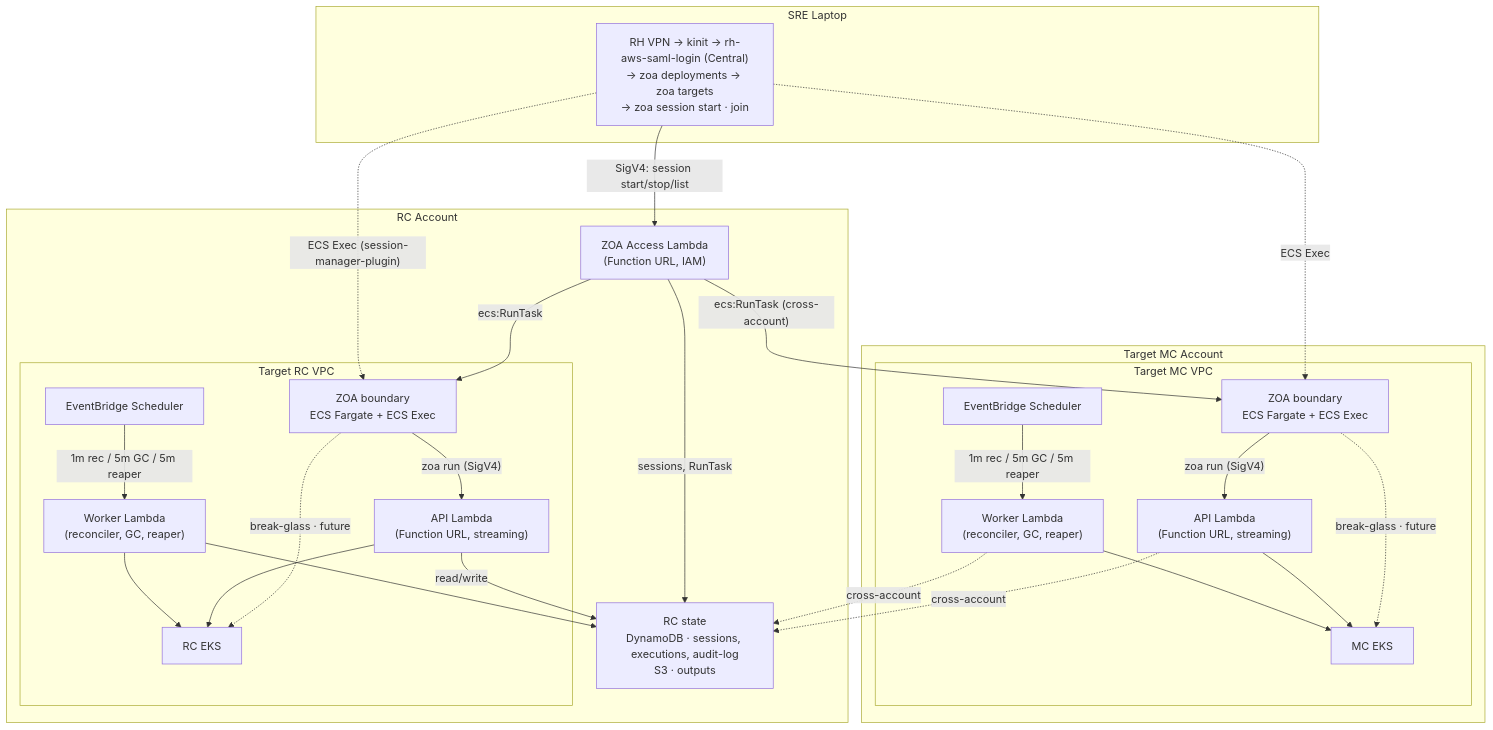
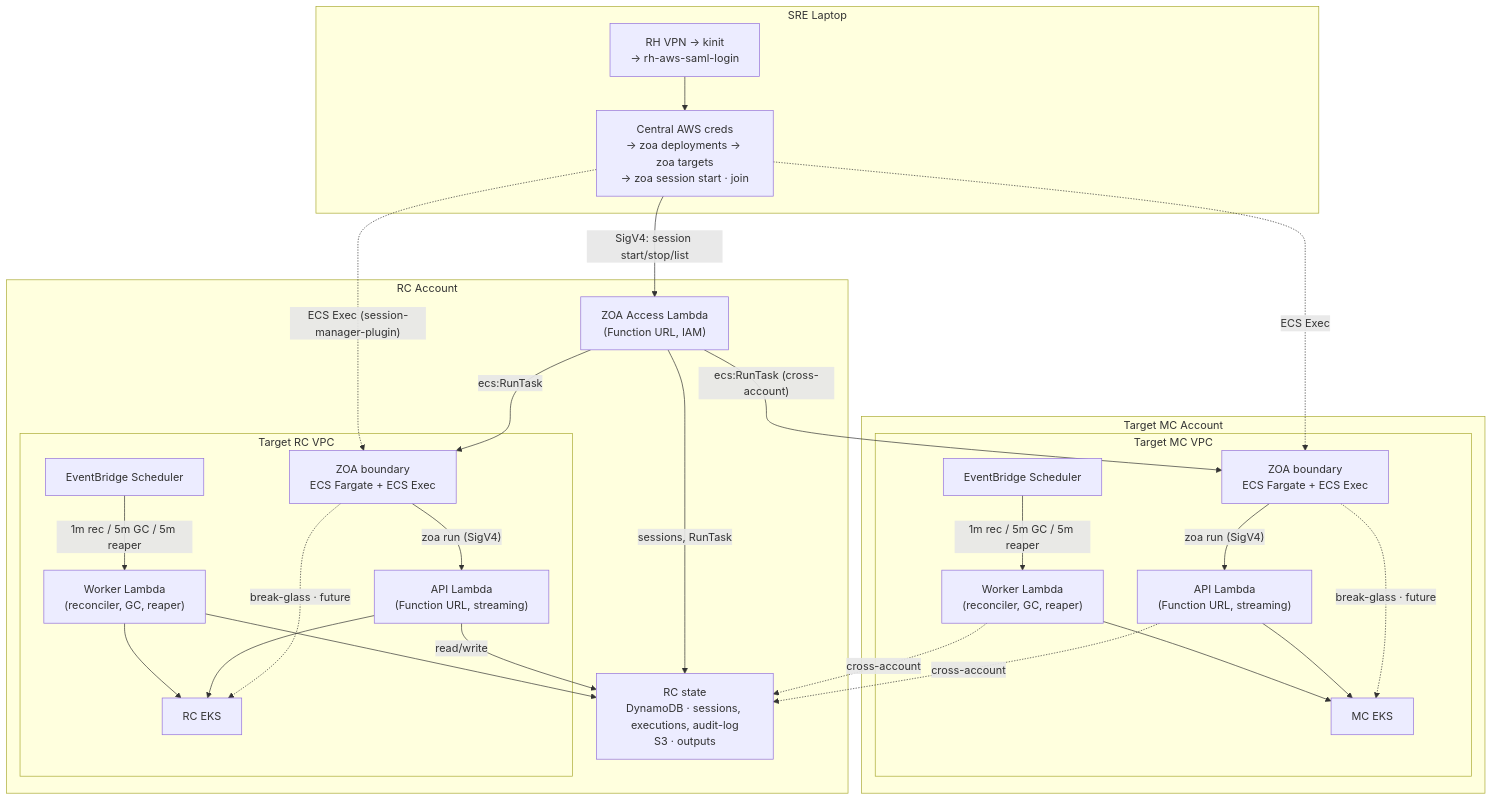
The diagram in README.md (slopezz/rosa-hyperfleet-zoa), drawn with Mermaid before and after one commit.

Commit message:
ROSAENG-68805 | docs: split laptop auth vs Central zoa CLI in diagram
Two in-laptop steps: VPN/kinit/SAML login, then zoa discovery and session
commands with Central credentials.

````diff
--- a/README.md
+++ b/README.md
@@ -75,59 +75,61 @@
 ```mermaid
 ---
 config:
   layout: dagre
 ---
 graph TD
     subgraph laptop["SRE Laptop"]
-        L["RH VPN → kinit → rh-aws-saml-login (Central)<br/>→ zoa deployments → zoa targets<br/>→ zoa session start · join"]
+        LAPTOP_AUTH["RH VPN → kinit<br/>→ rh-aws-saml-login"]
+        LAPTOP_ZOA["Central AWS creds<br/>→ zoa deployments → zoa targets<br/>→ zoa session start · join"]
+        LAPTOP_AUTH --> LAPTOP_ZOA
     end
 
     subgraph rc["RC Account"]
         ACCESS["ZOA Access Lambda<br/>(Function URL, IAM)"]
         STATE["RC state<br/>DynamoDB · sessions, executions, audit-log<br/>S3 · outputs"]
         subgraph rc_vpc["Target RC VPC"]
             BOUNDARY_RC["ZOA boundary<br/>ECS Fargate + ECS Exec"]
             EB_RC["EventBridge Scheduler"]
             API_RC["API Lambda<br/>(Function URL, streaming)"]
             WORKER_RC["Worker Lambda<br/>(reconciler, GC, reaper)"]
             EKS_RC["RC EKS"]
         end
     end
 
     subgraph mc["Target MC Account"]
         subgraph mc_vpc["Target MC VPC"]
             BOUNDARY_MC["ZOA boundary<br/>ECS Fargate + ECS Exec"]
             EB_MC["EventBridge Scheduler"]
             API_MC["API Lambda<br/>(Function URL, streaming)"]
             WORKER_MC["Worker Lambda<br/>(reconciler, GC, reaper)"]
             EKS_MC["MC EKS"]
         end
     end
 
-    L -->|"SigV4: session start/stop/list"| ACCESS
+    LAPTOP_ZOA -->|"SigV4: session start/stop/list"| ACCESS
     ACCESS -->|"sessions, RunTask"| STATE
     ACCESS -->|"ecs:RunTask"| BOUNDARY_RC
     ACCESS -->|"ecs:RunTask (cross-account)"| BOUNDARY_MC
 
-    L -.->|"ECS Exec (session-manager-plugin)"| BOUNDARY_RC
-    L -.->|"ECS Exec"| BOUNDARY_MC
+    LAPTOP_ZOA -.->|"ECS Exec (session-manager-plugin)"| BOUNDARY_RC
+    LAPTOP_ZOA -.->|"ECS Exec"| BOUNDARY_MC
 
     BOUNDARY_RC -->|"zoa run (SigV4)"| API_RC
     BOUNDARY_MC -->|"zoa run (SigV4)"| API_MC
 
     BOUNDARY_RC -.->|"break-glass · future"| EKS_RC
     BOUNDARY_MC -.->|"break-glass · future"| EKS_MC
 
     EB_RC -->|"1m rec / 5m GC / 5m reaper"| WORKER_RC
     EB_MC -->|"1m rec / 5m GC / 5m reaper"| WORKER_MC
 
     API_RC --> EKS_RC
     WORKER_RC --> EKS_RC
     API_MC --> EKS_MC
     WORKER_MC --> EKS_MC
 
     API_RC -->|"read/write"| STATE
     WORKER_RC --> STATE
     API_MC -.->|"cross-account"| STATE
     WORKER_MC -.->|"cross-account"| STATE
 ```
````
